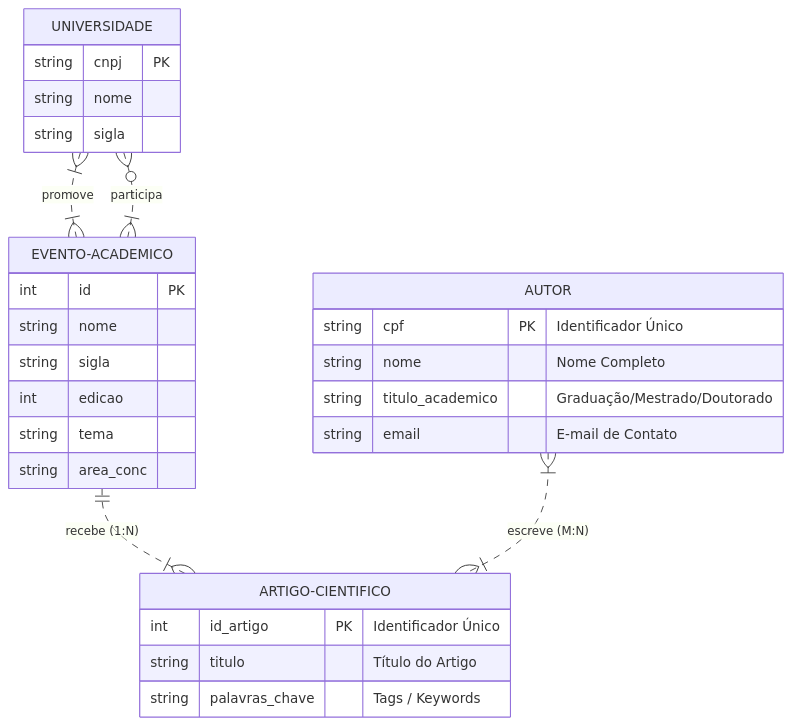
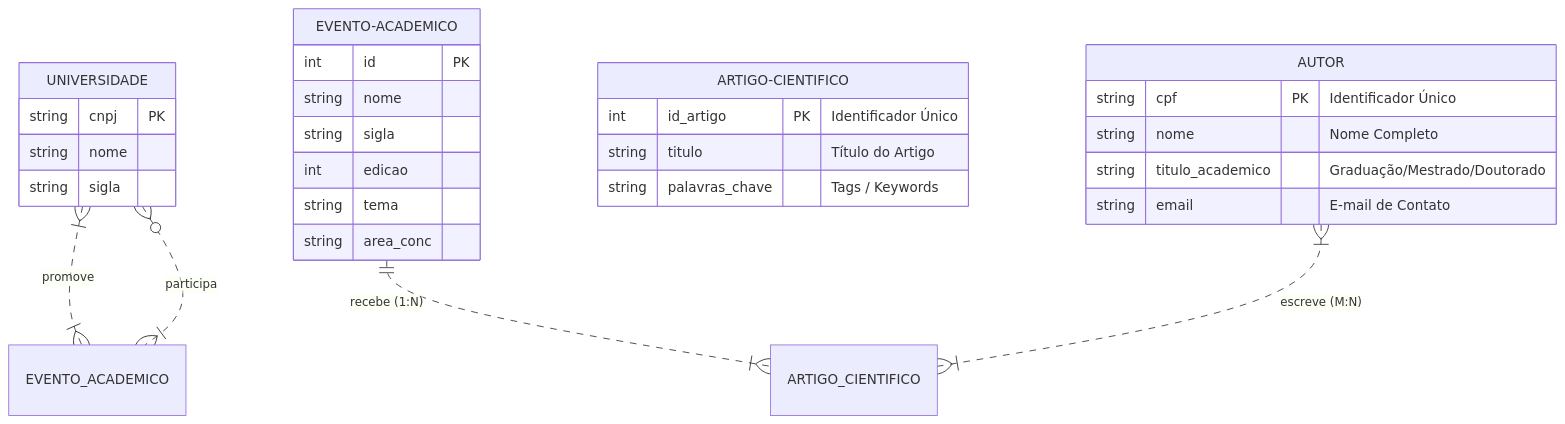
Before and after one commit to SuzanaBTI/Banco_de_Dados_UNIVESP: the second of 3 diagrams in S1_Modelo_Conceitual/README.md, drawn with Mermaid. The commit also changed other lines of this file, not shown here.

````diff
--- a/S1_Modelo_Conceitual/README.md
+++ b/S1_Modelo_Conceitual/README.md
@@ -52,32 +52,32 @@
 ```mermaid
 erDiagram
     UNIVERSIDADE {
         string cnpj PK
         string nome
         string sigla
     }
     EVENTO-ACADEMICO {
         int id PK
         string nome
         string sigla
         int edicao
         string tema
         string area_conc
     }
     ARTIGO-CIENTIFICO {
         int id_artigo PK "Identificador Único"
         string titulo "Título do Artigo"
         string palavras_chave "Tags / Keywords"
     }
     AUTOR {
         string cpf PK "Identificador Único"
         string nome "Nome Completo"
         string titulo_academico "Graduação/Mestrado/Doutorado"
         string email "E-mail de Contato"
     }
 
-    UNIVERSIDADE }|..|{ EVENTO-ACADEMICO : "promove"
-    UNIVERSIDADE }o..|{ EVENTO-ACADEMICO : "participa"
-    EVENTO-ACADEMICO ||..|{ ARTIGO-CIENTIFICO : "recebe (1:N)"
-    AUTOR }|..|{ ARTIGO-CIENTIFICO : "escreve (M:N)"
+    UNIVERSIDADE }|..|{ EVENTO_ACADEMICO : "promove"
+    UNIVERSIDADE }o..|{ EVENTO_ACADEMICO : "participa"
+    EVENTO-ACADEMICO ||..|{ ARTIGO_CIENTIFICO : "recebe (1:N)"
+    AUTOR }|..|{ ARTIGO_CIENTIFICO : "escreve (M:N)"
 ```
````
